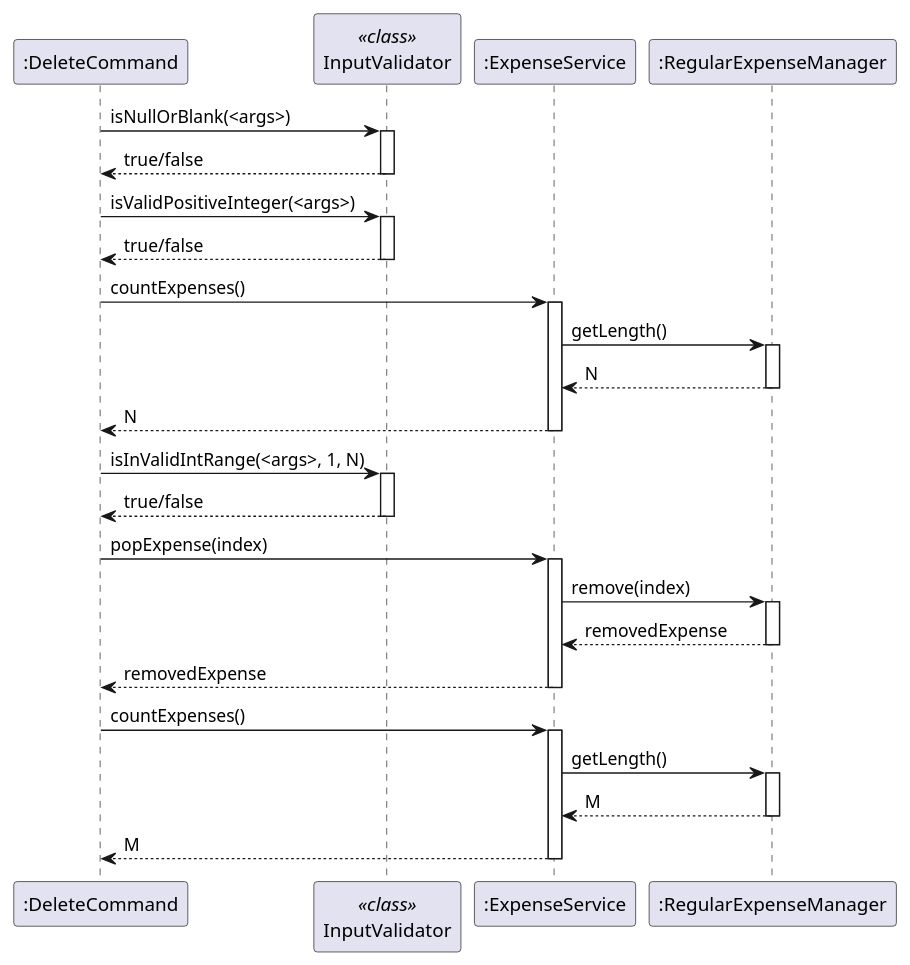
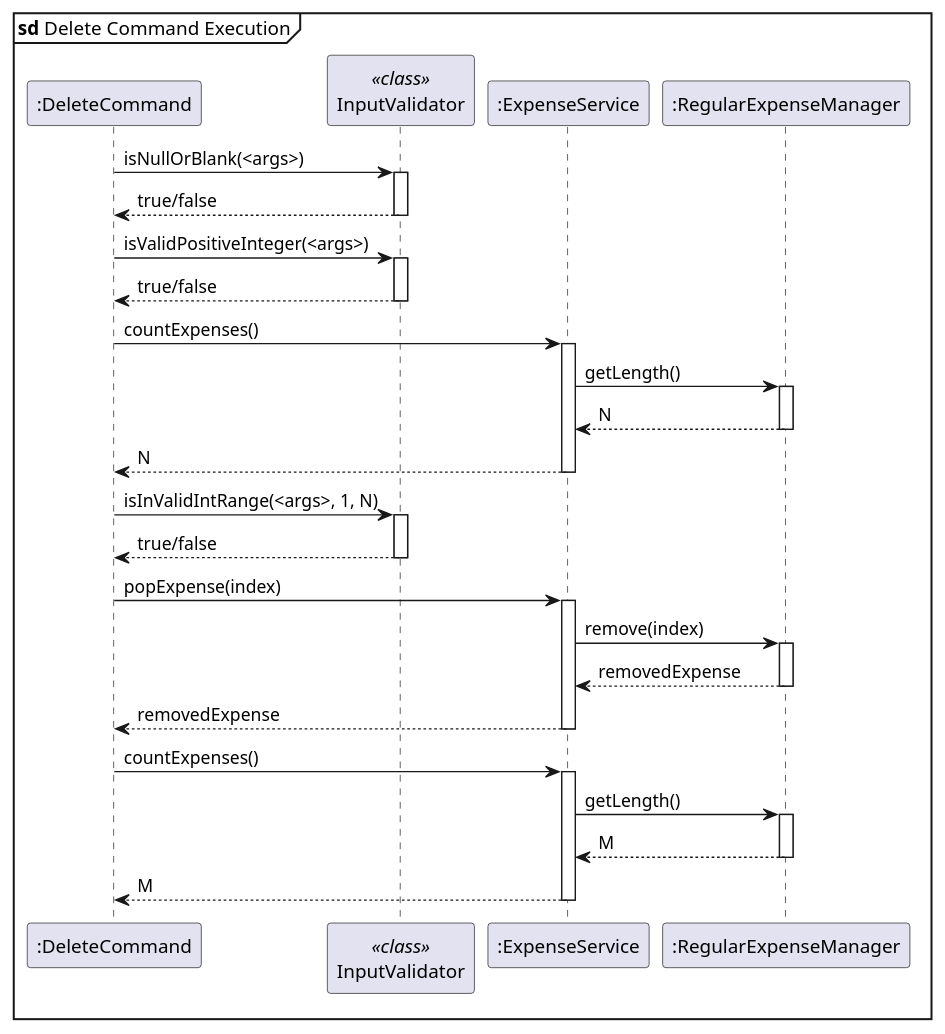
Before and after one commit to randust/tp: the diagram in docs/diagrams/sequence/delete.puml, drawn with PlantUML. The commit also changed 6 other files, not shown here.

Commit message:
Fix expense class diagram and delete command sequence diagram

```diff
--- a/docs/diagrams/sequence/delete.puml
+++ b/docs/diagrams/sequence/delete.puml
@@ -1,50 +1,51 @@
 @startuml delete
 
 participant ":DeleteCommand" as DeleteCmd
 participant "InputValidator" as Validator <<class>>
 participant ":ExpenseService" as ExpenseSvc
 participant ":RegularExpenseManager" as RegExpMgr
+mainframe **sd** Delete Command Execution
 
 DeleteCmd -> Validator : isNullOrBlank(<args>)
 activate Validator
 Validator --> DeleteCmd : true/false
 deactivate Validator
 
 DeleteCmd -> Validator : isValidPositiveInteger(<args>)
 activate Validator
 Validator --> DeleteCmd : true/false
 deactivate Validator
 
 DeleteCmd -> ExpenseSvc : countExpenses()
 activate ExpenseSvc
 ExpenseSvc -> RegExpMgr : getLength()
 activate RegExpMgr
 RegExpMgr --> ExpenseSvc : N
 deactivate RegExpMgr
 ExpenseSvc --> DeleteCmd : N
 deactivate ExpenseSvc
 
 DeleteCmd -> Validator : isInValidIntRange(<args>, 1, N)
 activate Validator
 Validator --> DeleteCmd : true/false
 deactivate Validator
 
 DeleteCmd -> ExpenseSvc : popExpense(index)
 activate ExpenseSvc
 ExpenseSvc -> RegExpMgr : remove(index)
 activate RegExpMgr
 RegExpMgr --> ExpenseSvc : removedExpense
 deactivate RegExpMgr
 ExpenseSvc --> DeleteCmd : removedExpense
 deactivate ExpenseSvc
 
 DeleteCmd -> ExpenseSvc : countExpenses()
 activate ExpenseSvc
 ExpenseSvc -> RegExpMgr : getLength()
 activate RegExpMgr
 RegExpMgr --> ExpenseSvc : M
 deactivate RegExpMgr
 ExpenseSvc --> DeleteCmd : M
 deactivate ExpenseSvc
 
 @enduml
```
